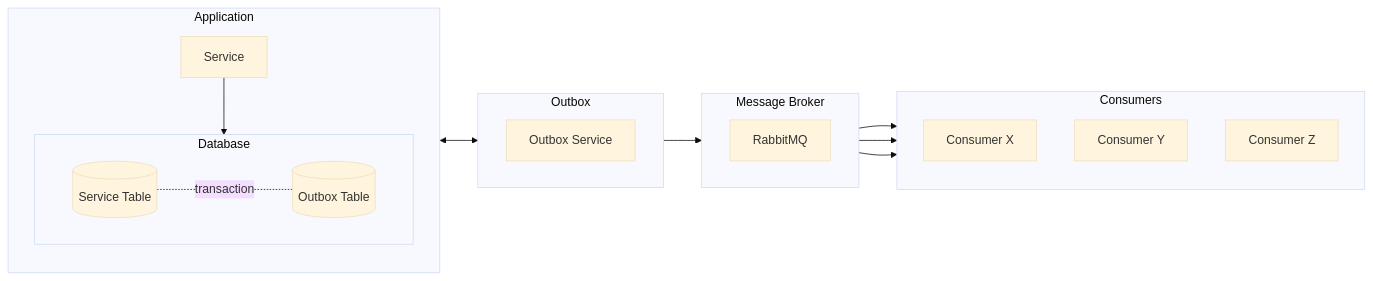
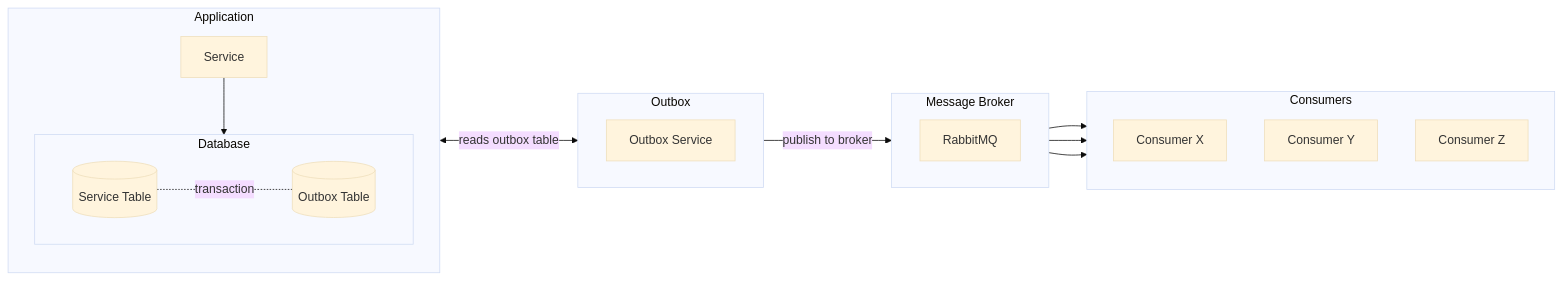
The diagram in README.md (radsadowski/message-relay), drawn with Mermaid (base theme) before and after one commit.

````diff
--- a/README.md
+++ b/README.md
@@ -5,36 +5,36 @@
 ```mermaid
 flowchart LR
   subgraph a [Application]
     direction TB
     s[Service]
     subgraph db [Database]
         direction RL
         oDB[(Outbox Table)]
         sDB[(Service Table)]
         oDB -. transaction .- sDB 
     end
         s --> db
   end
 
   subgraph o [Outbox]
     direction LR
     os[Outbox Service]
   end
 
   subgraph mbr [Message Broker]
     direction LR
     mbrs[RabbitMQ]
   end
 
   subgraph c [Consumers]
   direction TB
   cX[Consumer X]
   cY[Consumer Y]
   cZ[Consumer Z]
   end
-  a <--> o
-  o --> mbr
+  a <-->|reads outbox table| o
+  o -->|publish to broker| mbr
   mbr --> cX
   mbr --> cY
   mbr --> cZ
 ```
````
